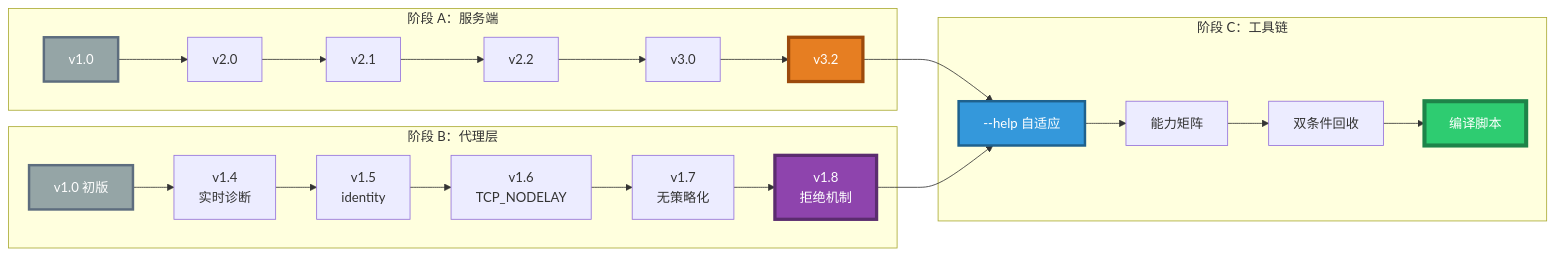
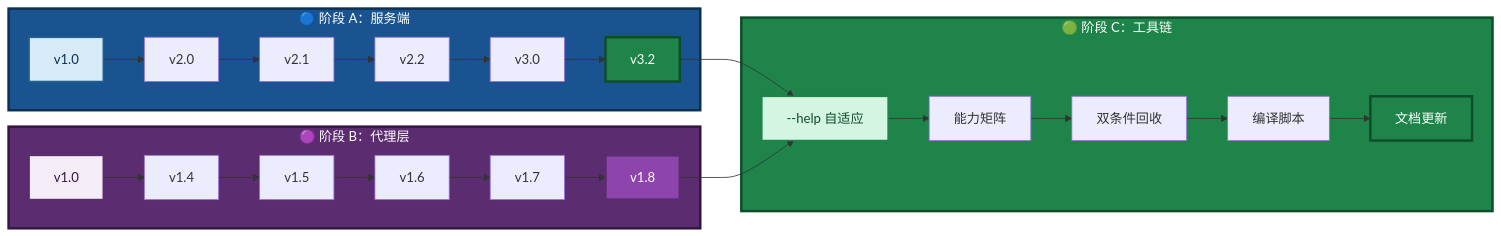
The third of 39 diagrams in src/llm-service/LingoFuse_LLM_Service_Work_Summary.md (PassByYou888/LingoFuse-pasAgent), drawn with Mermaid before and after one commit. The commit also changed other lines of this file, not shown here.

````diff
--- a/src/llm-service/LingoFuse_LLM_Service_Work_Summary.md
+++ b/src/llm-service/LingoFuse_LLM_Service_Work_Summary.md
@@ -104,31 +125,35 @@
 ```mermaid
 flowchart LR
-    subgraph A["阶段 A：服务端"]
+    subgraph A["🔵 阶段 A：服务端"]
         V0["v1.0"] --> V20["v2.0"] --> V21["v2.1"] --> V22["v2.2"] --> V30["v3.0"]
         V30 --> V32["v3.2"]
     end
 
-    subgraph B["阶段 B：代理层"]
-        PV0["v1.0 初版"] --> PV14["v1.4\n实时诊断"]
-        PV14 --> PV15["v1.5\nidentity"]
-        PV15 --> PV16["v1.6\nTCP_NODELAY"]
-        PV16 --> PV17["v1.7\n无策略化"]
-        PV17 --> PV18["v1.8\n拒绝机制"]
+    subgraph B["🟣 阶段 B：代理层"]
+        PV0["v1.0"] --> PV14["v1.4"]
+        PV14 --> PV15["v1.5"]
+        PV15 --> PV16["v1.6"]
+        PV16 --> PV17["v1.7"]
+        PV17 --> PV18["v1.8"]
     end
 
-    subgraph C["阶段 C：工具链"]
+    subgraph C["🟢 阶段 C：工具链"]
         C1["--help 自适应"] --> C2["能力矩阵"]
         C2 --> C3["双条件回收"]
         C3 --> C4["编译脚本"]
+        C4 --> C5["文档更新"]
     end
 
     V32 --> C1
     PV18 --> C1
 
-    style V0 fill:#95A5A6,stroke:#5D6D7E,stroke-width:3px,color:#FFFFFF
-    style V32 fill:#E67E22,stroke:#9C4A0C,stroke-width:4px,color:#FFFFFF
-    style PV0 fill:#95A5A6,stroke:#5D6D7E,stroke-width:3px,color:#FFFFFF
-    style PV18 fill:#8E44AD,stroke:#5B2C6F,stroke-width:4px,color:#FFFFFF
-    style C1 fill:#3498DB,stroke:#1F618D,stroke-width:3px,color:#FFFFFF
-    style C4 fill:#2ECC71,stroke:#1E8449,stroke-width:5px,color:#FFFFFF
+    style A fill:#1A5490,stroke:#0D2F52,stroke-width:3px,color:#FFFFFF
+    style B fill:#5B2C6F,stroke:#321640,stroke-width:3px,color:#FFFFFF
+    style C fill:#1E8449,stroke:#0E4D2A,stroke-width:3px,color:#FFFFFF
+    style V0 fill:#D6EAF8,stroke:#1F618D,stroke-width:2px,color:#0D2F52
+    style V32 fill:#1E8449,stroke:#0E4D2A,stroke-width:3px,color:#FFFFFF
+    style PV0 fill:#F4ECF7,stroke:#5B2C6F,stroke-width:2px,color:#321640
+    style PV18 fill:#8E44AD,stroke:#5B2C6F,stroke-width:3px,color:#FFFFFF
+    style C1 fill:#D5F5E3,stroke:#1E8449,stroke-width:2px,color:#0E4D2A
+    style C5 fill:#1E8449,stroke:#0E4D2A,stroke-width:3px,color:#FFFFFF
 ```
````
